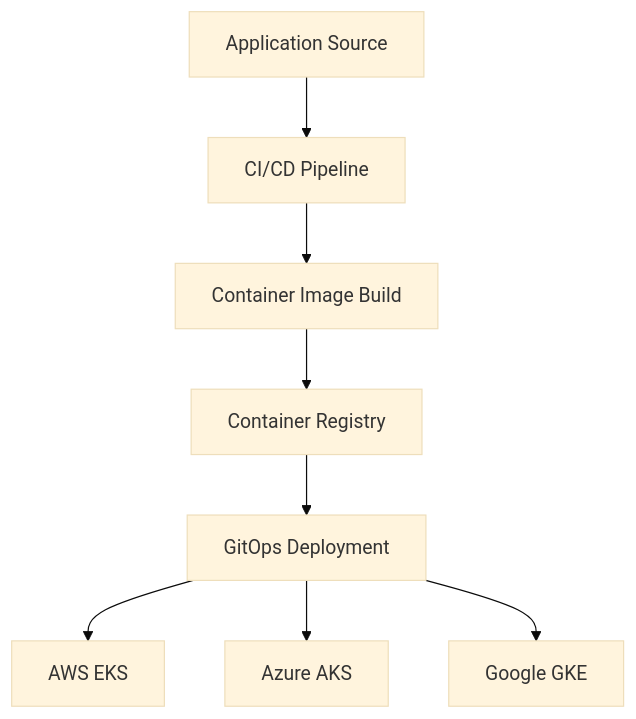
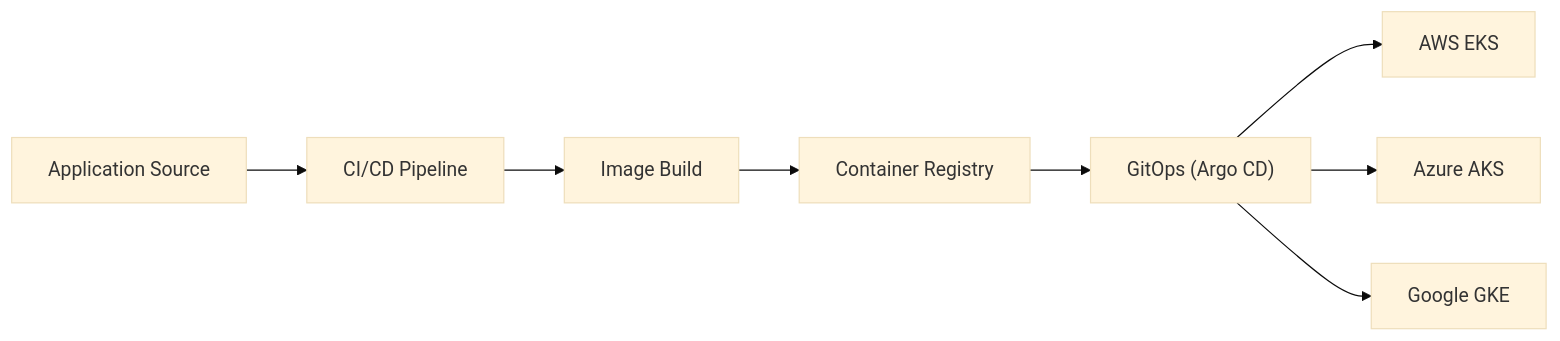
Before and after one commit to manesaurabh1704-devops/manesaurabh1704-devops: the first of 8 diagrams in README.md, drawn with Mermaid (base theme). The commit also changed other lines of this file, not shown here.

````diff
--- a/README.md
+++ b/README.md
@@ -316,10 +170,7 @@
 ```mermaid
-flowchart TD
-    A["Application Source"] --> B["CI/CD Pipeline"]
-    B --> C["Container Image Build"]
-    C --> D["Container Registry"]
-    D --> E["GitOps Deployment"]
+flowchart LR
+    A["Application Source"] --> B["CI/CD Pipeline"] --> C["Image Build"] --> D["Container Registry"] --> E["GitOps (Argo CD)"]
     E --> F["AWS EKS"]
     E --> G["Azure AKS"]
     E --> H["Google GKE"]
 ```
````
